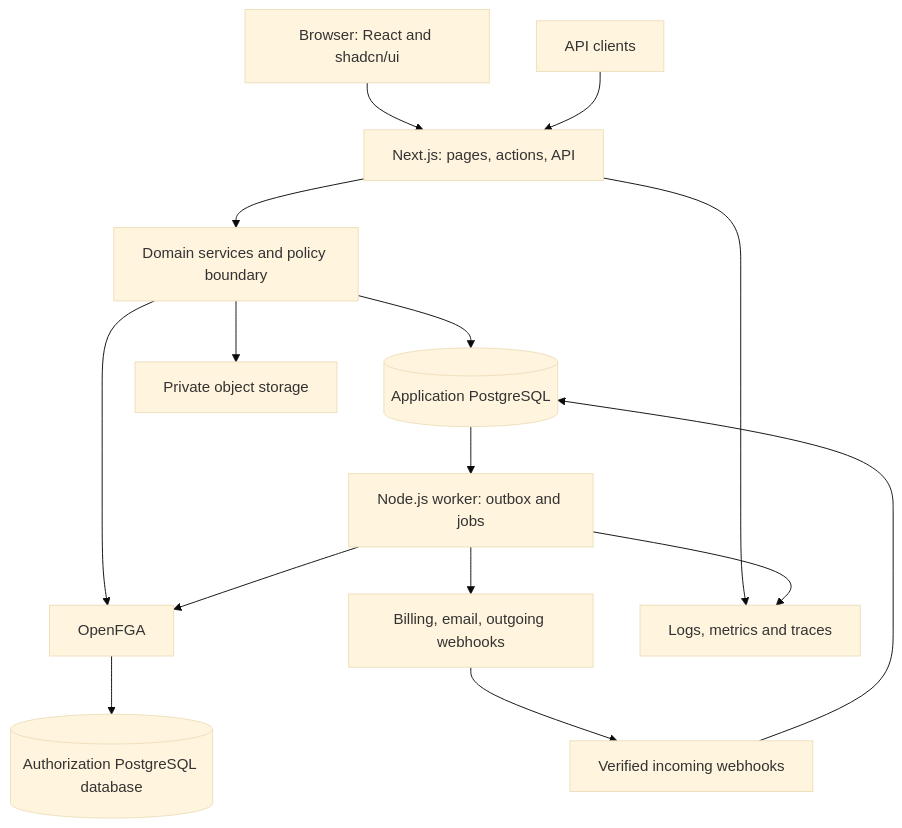
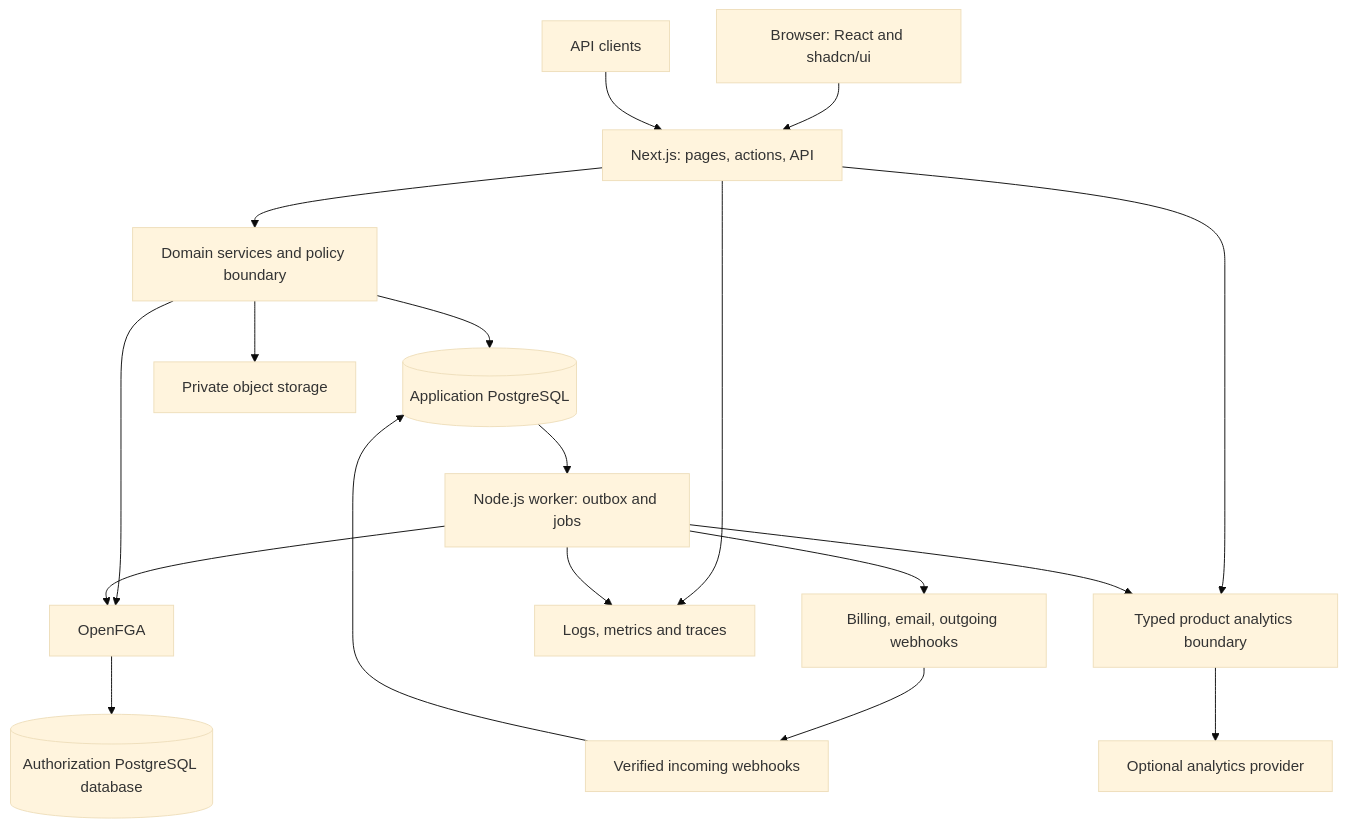
One commit to dani-beltran/saas-cook changed the diagram in docs/02-architecture-and-security.md. Above: the diagram before and after it, drawn with Mermaid (base theme). The commit also changed other lines of this file and 12 other files, not shown here.

````diff
--- a/docs/02-architecture-and-security.md
+++ b/docs/02-architecture-and-security.md
@@ -34,17 +36,20 @@
 ```mermaid
 flowchart TD
     Browser[Browser: React and shadcn/ui] --> Web[Next.js: pages, actions, API]
     APIClient[API clients] --> Web
     Web --> Services[Domain services and policy boundary]
     Services --> DB[(Application PostgreSQL)]
     Services --> FGA[OpenFGA]
     FGA --> FGADB[(Authorization PostgreSQL database)]
     Services --> Storage[Private object storage]
     DB --> Worker[Node.js worker: outbox and jobs]
     Worker --> FGA
     Worker --> Providers[Billing, email, outgoing webhooks]
     Providers --> Inbox[Verified incoming webhooks]
     Inbox --> DB
     Web --> Telemetry[Logs, metrics and traces]
     Worker --> Telemetry
+    Web --> Analytics[Typed product analytics boundary]
+    Worker --> Analytics
+    Analytics --> AnalyticsProvider[Optional analytics provider]
 ```
````
